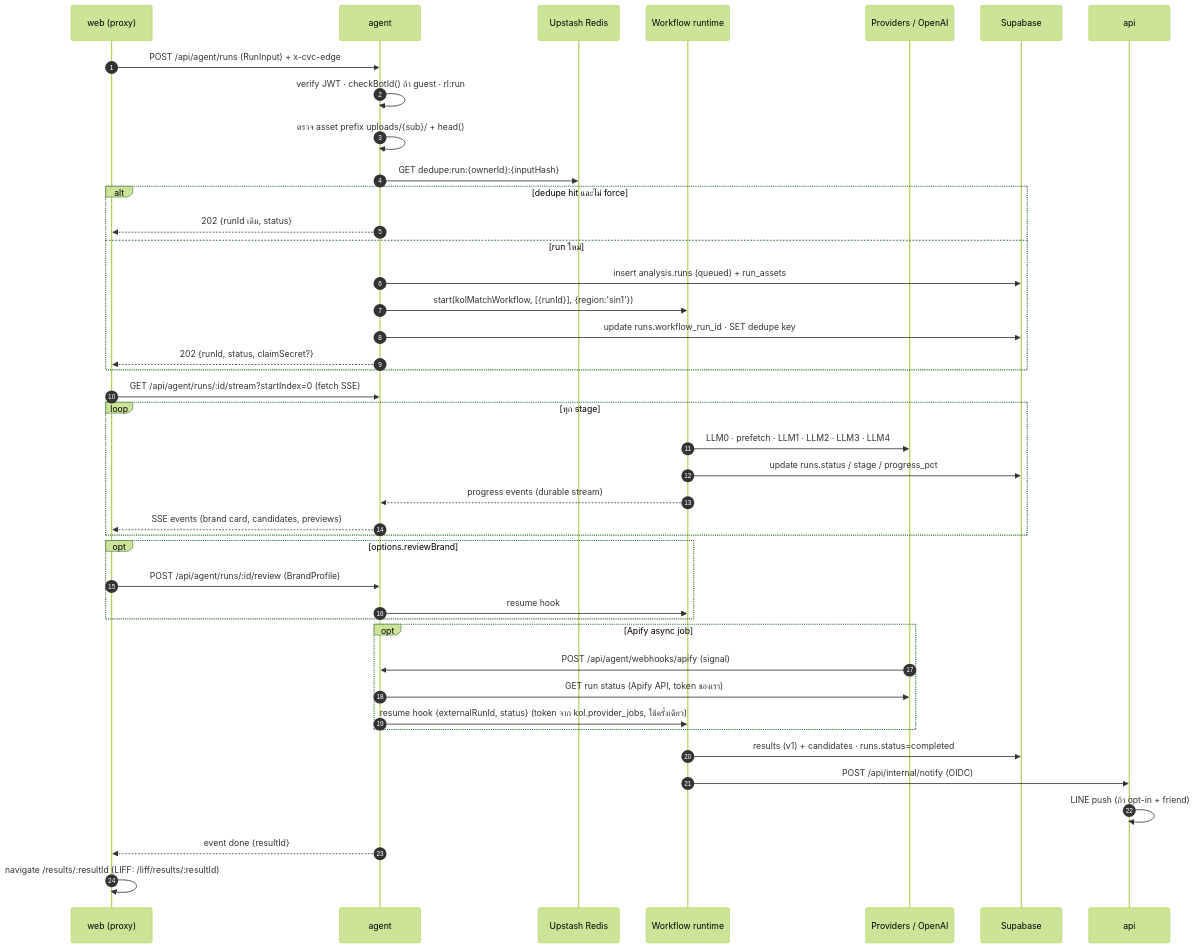
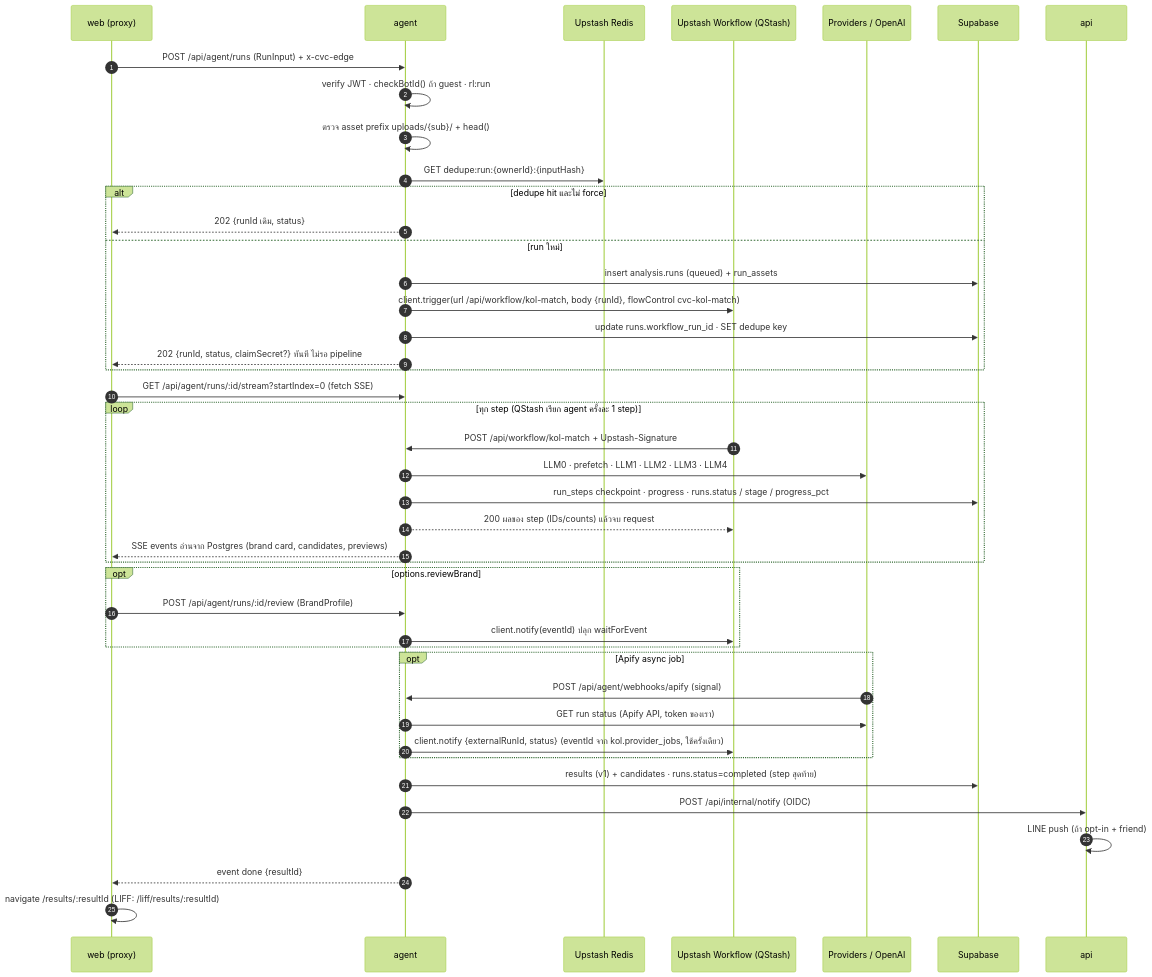
The eighth of 8 diagrams in SYSTEM_DESIGN.md (Natthaphatpiw/cvc), drawn with Mermaid (forest theme) before and after one commit. The commit also changed other lines of this file and 29 other files, not shown here.

````diff
--- a/SYSTEM_DESIGN.md
+++ b/SYSTEM_DESIGN.md
@@ -2597,44 +2619,45 @@
 ```mermaid
 sequenceDiagram
   autonumber
   participant W as web (proxy)
   participant AG as agent
   participant RD as Upstash Redis
-  participant WF as Workflow runtime
+  participant WF as Upstash Workflow (QStash)
   participant P as Providers / OpenAI
   participant DB as Supabase
   participant API as api
   W->>AG: POST /api/agent/runs (RunInput) + x-cvc-edge
   AG->>AG: verify JWT · checkBotId() ถ้า guest · rl:run
   AG->>AG: ตรวจ asset prefix uploads/{sub}/ + head()
   AG->>RD: GET dedupe:run:{ownerId}:{inputHash}
   alt dedupe hit และไม่ force
     AG-->>W: 202 {runId เดิม, status}
   else run ใหม่
     AG->>DB: insert analysis.runs (queued) + run_assets
-    AG->>WF: start(kolMatchWorkflow, [{runId}], {region:'sin1'})
+    AG->>WF: client.trigger(url /api/workflow/kol-match, body {runId}, flowControl cvc-kol-match)
     AG->>DB: update runs.workflow_run_id · SET dedupe key
-    AG-->>W: 202 {runId, status, claimSecret?}
+    AG-->>W: 202 {runId, status, claimSecret?} ทันที ไม่รอ pipeline
   end
   W->>AG: GET /api/agent/runs/:id/stream?startIndex=0 (fetch SSE)
-  loop ทุก stage
-    WF->>P: LLM0 · prefetch · LLM1 · LLM2 · LLM3 · LLM4
-    WF->>DB: update runs.status / stage / progress_pct
-    WF-->>AG: progress events (durable stream)
-    AG-->>W: SSE events (brand card, candidates, previews)
+  loop ทุก step (QStash เรียก agent ครั้งละ 1 step)
+    WF->>AG: POST /api/workflow/kol-match + Upstash-Signature
+    AG->>P: LLM0 · prefetch · LLM1 · LLM2 · LLM3 · LLM4
+    AG->>DB: run_steps checkpoint · progress · runs.status / stage / progress_pct
+    AG-->>WF: 200 ผลของ step (IDs/counts) แล้วจบ request
+    AG-->>W: SSE events อ่านจาก Postgres (brand card, candidates, previews)
   end
   opt options.reviewBrand
     W->>AG: POST /api/agent/runs/:id/review (BrandProfile)
-    AG->>WF: resume hook
+    AG->>WF: client.notify(eventId) ปลุก waitForEvent
   end
   opt Apify async job
     P->>AG: POST /api/agent/webhooks/apify (signal)
     AG->>P: GET run status (Apify API, token ของเรา)
-    AG->>WF: resume hook {externalRunId, status} (token จาก kol.provider_jobs, ใช้ครั้งเดียว)
+    AG->>WF: client.notify {externalRunId, status} (eventId จาก kol.provider_jobs, ใช้ครั้งเดียว)
   end
-  WF->>DB: results (v1) + candidates · runs.status=completed
-  WF->>API: POST /api/internal/notify (OIDC)
+  AG->>DB: results (v1) + candidates · runs.status=completed (step สุดท้าย)
+  AG->>API: POST /api/internal/notify (OIDC)
   API->>API: LINE push (ถ้า opt-in + friend)
   AG-->>W: event done {resultId}
   W->>W: navigate /results/:resultId (LIFF: /liff/results/:resultId)
 ```
````
